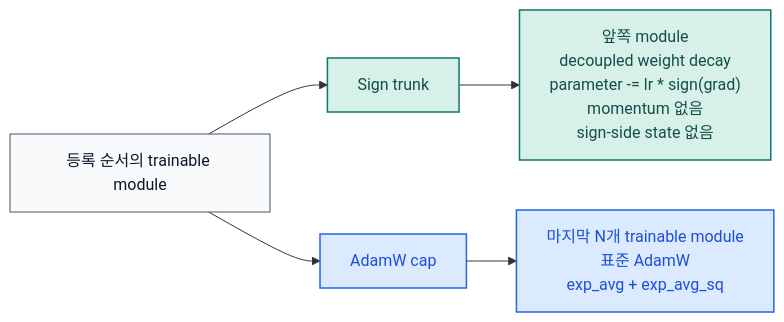
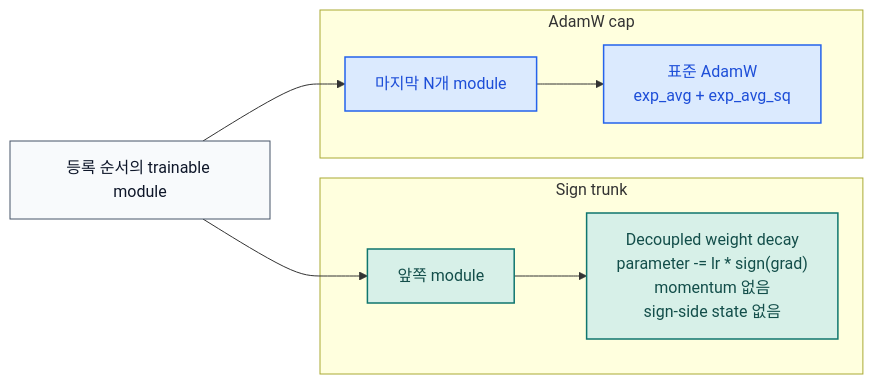
Before and after one commit to smturtle2/stac-optimizer: the diagram in README.ko.md, drawn with Mermaid. The commit also changed other lines of this file and 10 other files, not shown here.

````diff
--- a/README.ko.md
+++ b/README.ko.md
@@ -29,16 +28,27 @@
 ```mermaid
 flowchart LR
     A["등록 순서의 trainable module"]
-    A --> B["Sign trunk"]
-    A --> C["AdamW cap"]
-    B --> D["앞쪽 module<br/>decoupled weight decay<br/>parameter -= lr * sign(grad)<br/>momentum 없음<br/>sign-side state 없음"]
-    C --> E["마지막 N개 trainable module<br/>표준 AdamW<br/>exp_avg + exp_avg_sq"]
+
+    subgraph S["Sign trunk"]
+        B["앞쪽 module"]
+        C["Decoupled weight decay<br/>parameter -= lr * sign(grad)<br/>momentum 없음<br/>sign-side state 없음"]
+    end
+
+    subgraph T["AdamW cap"]
+        D["마지막 N개 module"]
+        E["표준 AdamW<br/>exp_avg + exp_avg_sq"]
+    end
+
+    A --> B
+    A --> D
+    B --> C
+    D --> E
 
     classDef neutral fill:#f8fafc,stroke:#475569,color:#0f172a,stroke-width:1px;
     classDef sign fill:#d7f0e8,stroke:#0f766e,color:#134e4a,stroke-width:1.5px;
     classDef adam fill:#dbeafe,stroke:#2563eb,color:#1d4ed8,stroke-width:1.5px;
 
     class A neutral;
-    class B,D sign;
-    class C,E adam;
+    class B,C sign;
+    class D,E adam;
 ```
````
